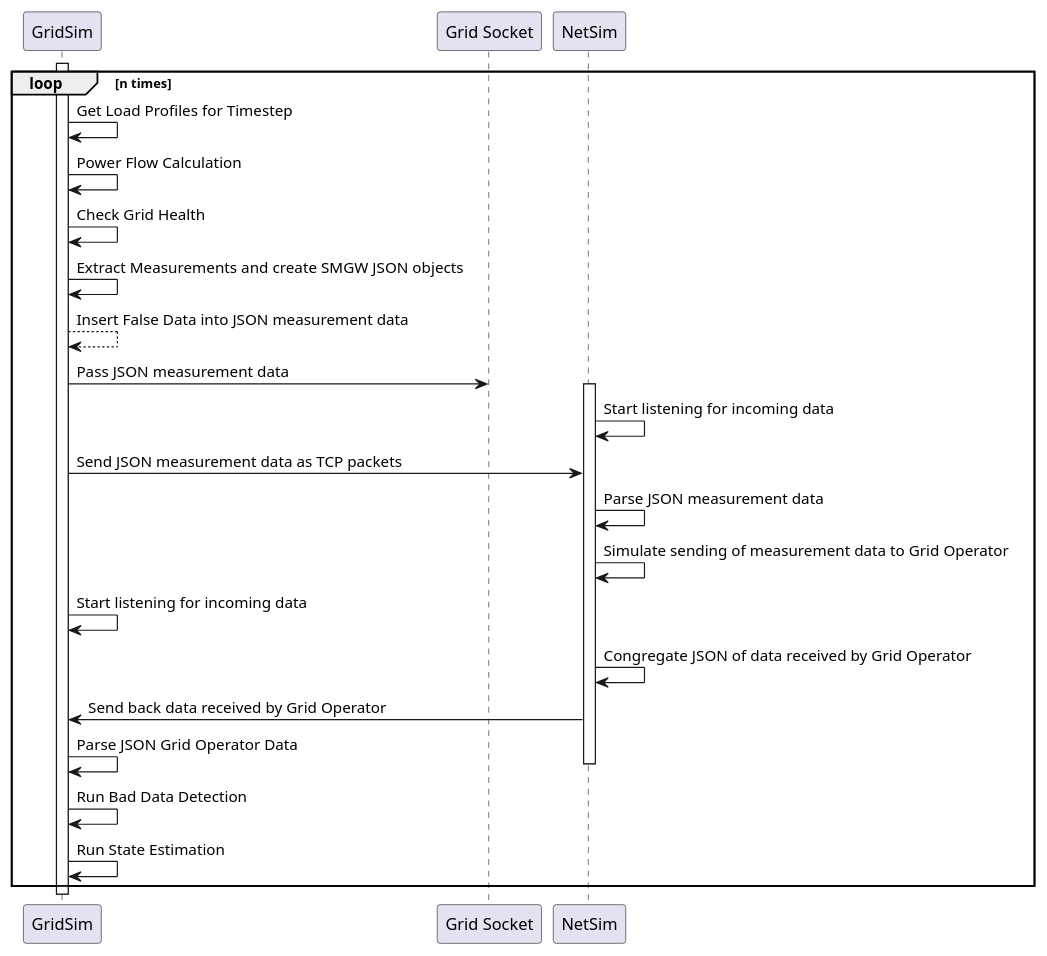
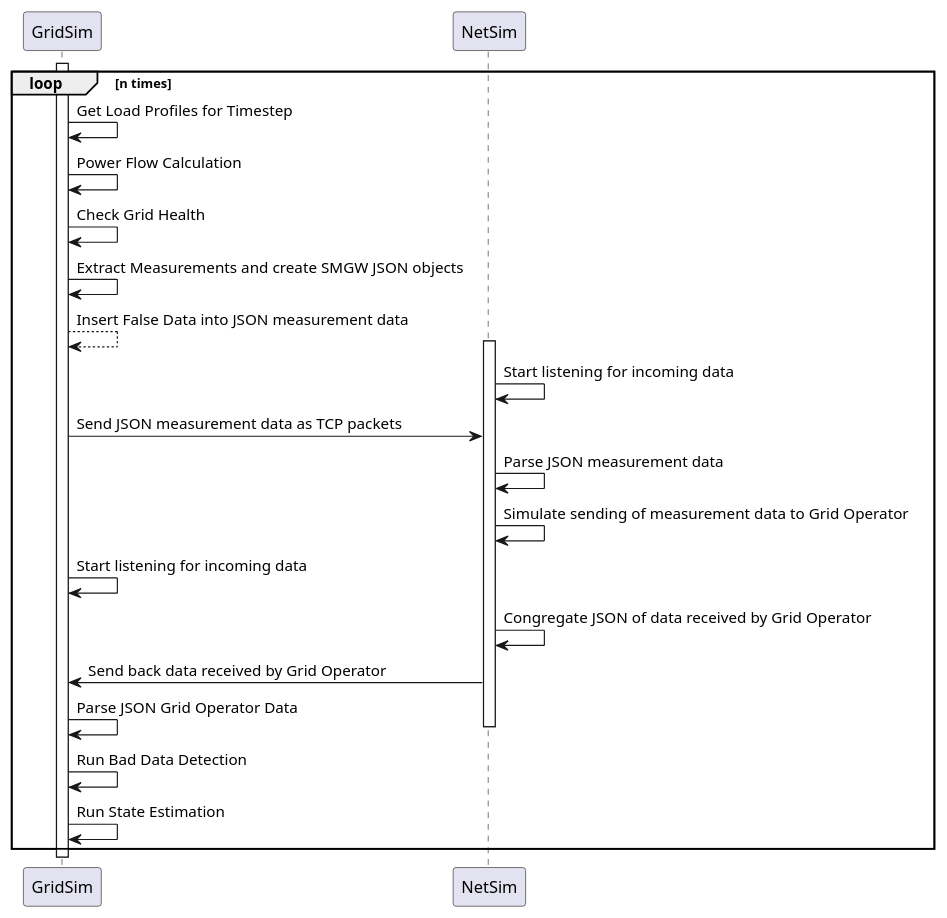
The diagram in figures/CoSimv2.puml (MoritzVolkman/GridComm-Cosimulation), drawn with PlantUML before and after one commit. The commit also changed 1 other file, not shown here.

Commit message:
Changed Sequence

```diff
--- a/figures/CoSimv2.puml
+++ b/figures/CoSimv2.puml
@@ -1,26 +1,25 @@
 @startuml
 'https://plantuml.com/sequence-diagram
 
 activate GridSim
 loop n times
     GridSim -> GridSim: Get Load Profiles for Timestep
     GridSim -> GridSim: Power Flow Calculation
     GridSim -> GridSim: Check Grid Health
     GridSim -> GridSim: Extract Measurements and create SMGW JSON objects
     GridSim --> GridSim: Insert False Data into JSON measurement data
-    GridSim -> "Grid Socket": Pass JSON measurement data
     activate NetSim
     NetSim -> NetSim: Start listening for incoming data
     GridSim -> NetSim: Send JSON measurement data as TCP packets
     NetSim -> NetSim: Parse JSON measurement data
     NetSim -> NetSim: Simulate sending of measurement data to Grid Operator
     GridSim -> GridSim: Start listening for incoming data
     NetSim -> NetSim: Congregate JSON of data received by Grid Operator
     NetSim -> GridSim: Send back data received by Grid Operator
     GridSim -> GridSim: Parse JSON Grid Operator Data
     deactivate NetSim
     GridSim -> GridSim: Run Bad Data Detection
     GridSim -> GridSim: Run State Estimation
 end
 deactivate GridSim
 @enduml
```
